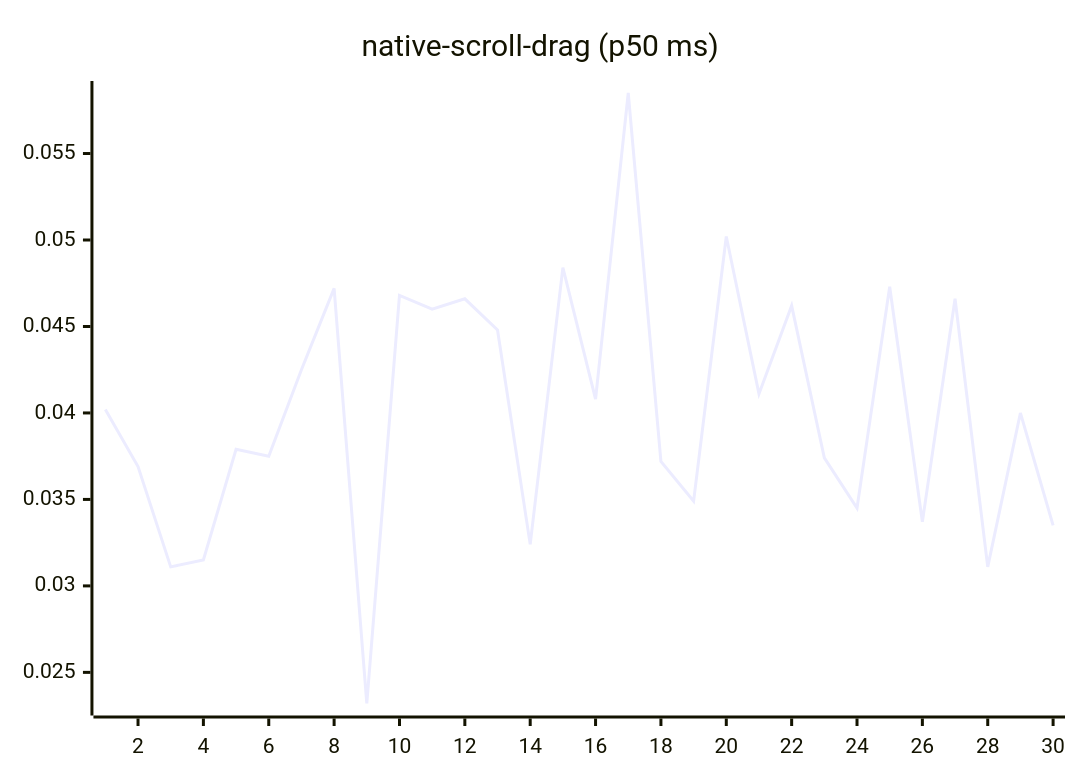
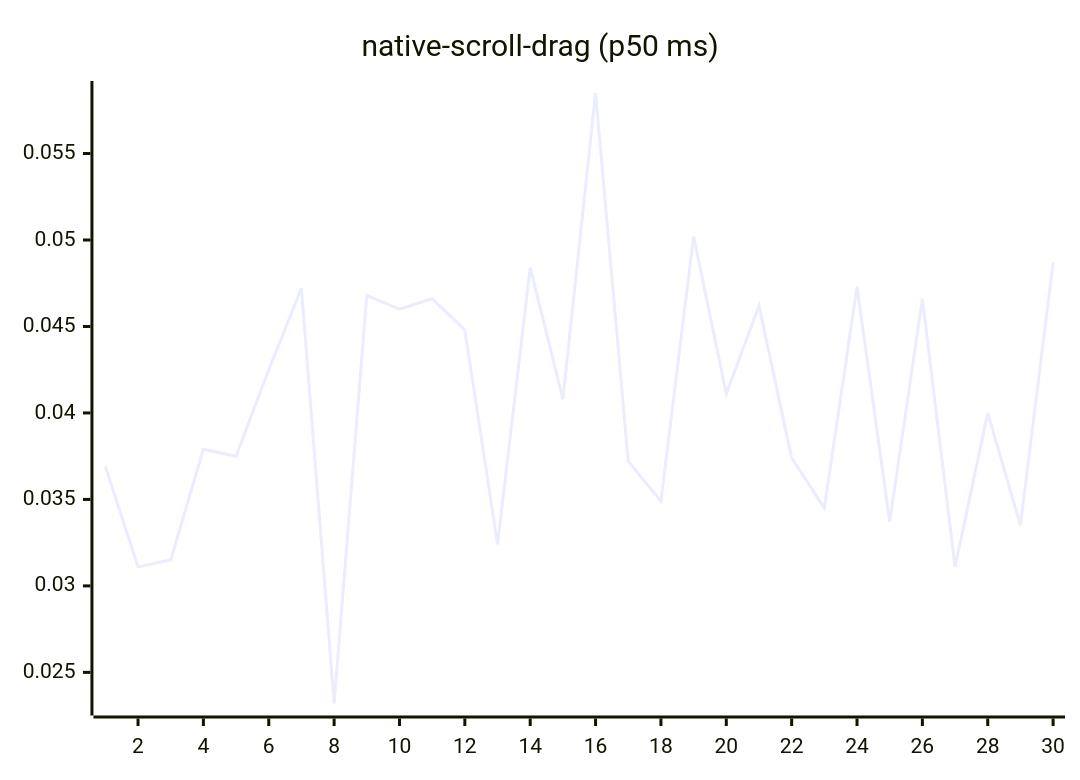
One commit to josha/Facet changed diagram 14 of 27 in README.md. Above: the diagram before and after it, drawn with Mermaid. The commit also changed other lines of this file and 2 other files, not shown here.

````diff
--- a/README.md
+++ b/README.md
@@ -154,6 +154,6 @@
 ```mermaid
 xychart-beta
     title "native-scroll-drag (p50 ms)"
     x-axis 1 --> 30
-    line [0.0402, 0.0369, 0.0311, 0.0315, 0.0379, 0.0375, 0.0425, 0.0472, 0.0232, 0.0468, 0.0460, 0.0466, 0.0448, 0.0324, 0.0484, 0.0408, 0.0585, 0.0372, 0.0349, 0.0502, 0.0411, 0.0462, 0.0374, 0.0345, 0.0473, 0.0337, 0.0466, 0.0311, 0.0400, 0.0335]
+    line [0.0369, 0.0311, 0.0315, 0.0379, 0.0375, 0.0425, 0.0472, 0.0232, 0.0468, 0.0460, 0.0466, 0.0448, 0.0324, 0.0484, 0.0408, 0.0585, 0.0372, 0.0349, 0.0502, 0.0411, 0.0462, 0.0374, 0.0345, 0.0473, 0.0337, 0.0466, 0.0311, 0.0400, 0.0335, 0.0487]
 ```
````
